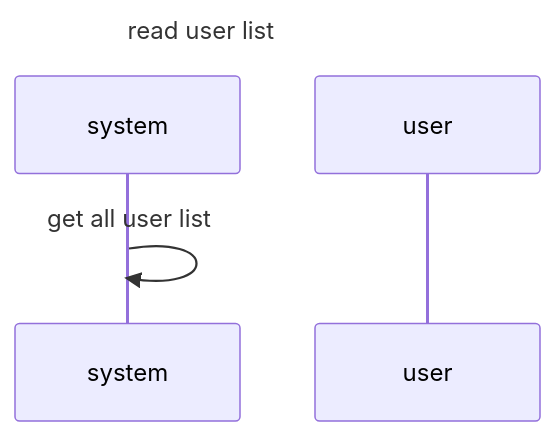
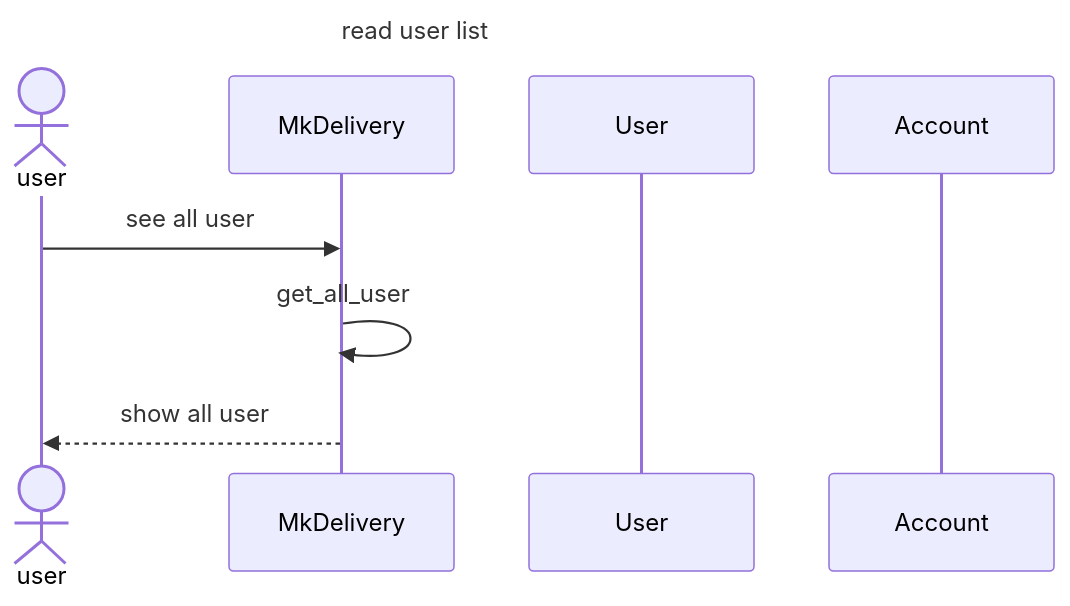
Before and after one commit to MxMhx/OOP_Project_MK_website: the diagram in sequence_diag/users/read user list.mmd, drawn with Mermaid. The commit also changed other lines of this file and 2 other files, not shown here.

Commit message:
sq user file

```diff
--- a/sequence_diag/users/read user list.mmd
+++ b/sequence_diag/users/read user list.mmd
@@ -1,6 +1,10 @@
 sequenceDiagram
     title read user list 
-    participant system
-    participant user
-   
-    system ->> system:get all user list
+    actor user
+    participant MkDelivery
+    participant User
+    participant Account
+
+    user ->> MkDelivery:see all user
+    MkDelivery ->> MkDelivery:get_all_user
+    MkDelivery -->> user:show all user
```
